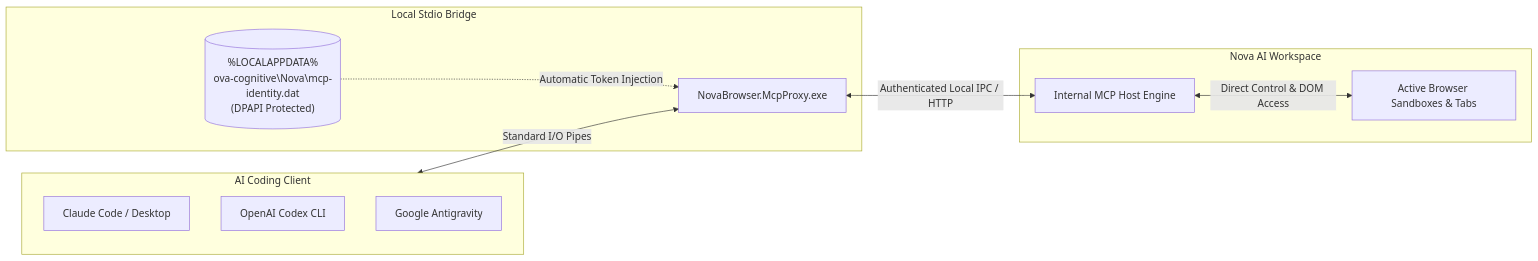
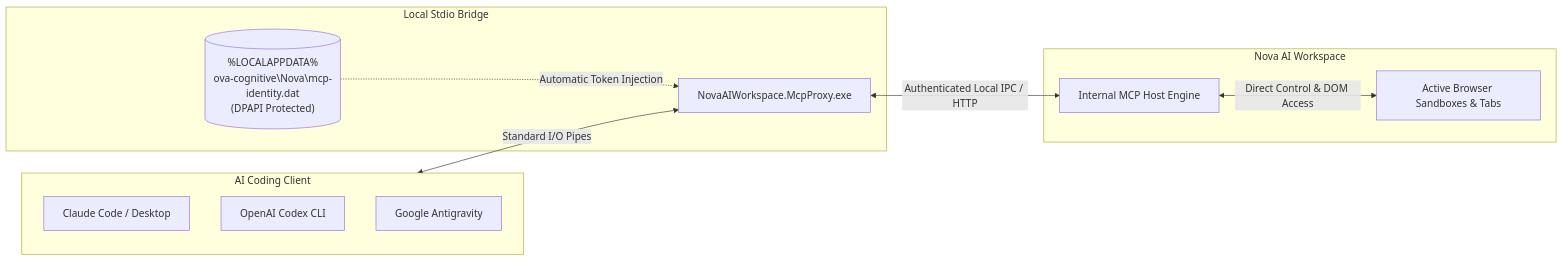
Before and after one commit to joelaniol/nova: the diagram in docs/user-guide/agents/connecting-an-agent.md, drawn with Mermaid. The commit also changed other lines of this file and 58 other files, not shown here.

Commit message:
docs: run_rows tools, fastlane memory tools, NovaAIWorkspace helper names

````diff
--- a/docs/user-guide/agents/connecting-an-agent.md
+++ b/docs/user-guide/agents/connecting-an-agent.md
@@ -14,23 +14,23 @@
 ```mermaid
 flowchart LR
     subgraph Client["AI Coding Client"]
         Claude["Claude Code / Desktop"]
         Codex["OpenAI Codex CLI"]
         Agy["Google Antigravity"]
     end
 
     subgraph Bridge["Local Stdio Bridge"]
-        Proxy["NovaBrowser.McpProxy.exe"]
+        Proxy["NovaAIWorkspace.McpProxy.exe"]
         TokenStore[("%LOCALAPPDATA%\nova-cognitive\Nova\mcp-identity.dat<br>(DPAPI Protected)")]
     end
 
     subgraph App["Nova AI Workspace"]
         Server["Internal MCP Host Engine"]
         Tabs["Active Browser Sandboxes & Tabs"]
     end
 
     Client <-->|Standard I/O Pipes| Proxy
     TokenStore -.->|Automatic Token Injection| Proxy
     Proxy <-->|Authenticated Local IPC / HTTP| Server
     Server <-->|Direct Control & DOM Access| Tabs
 ```
````
